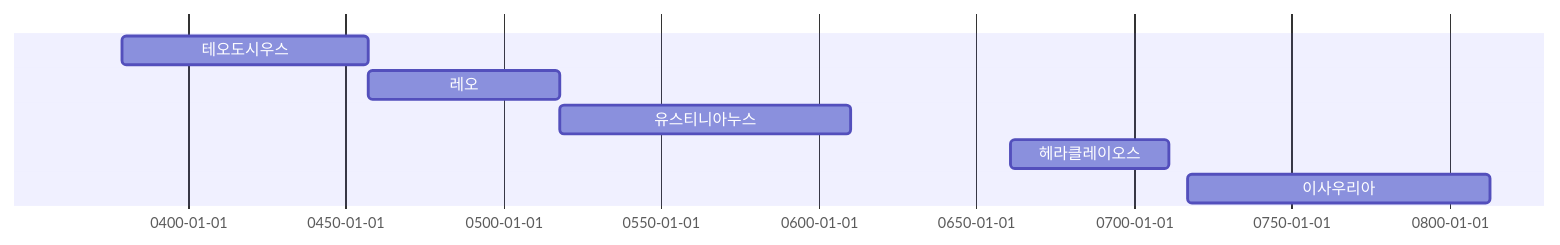
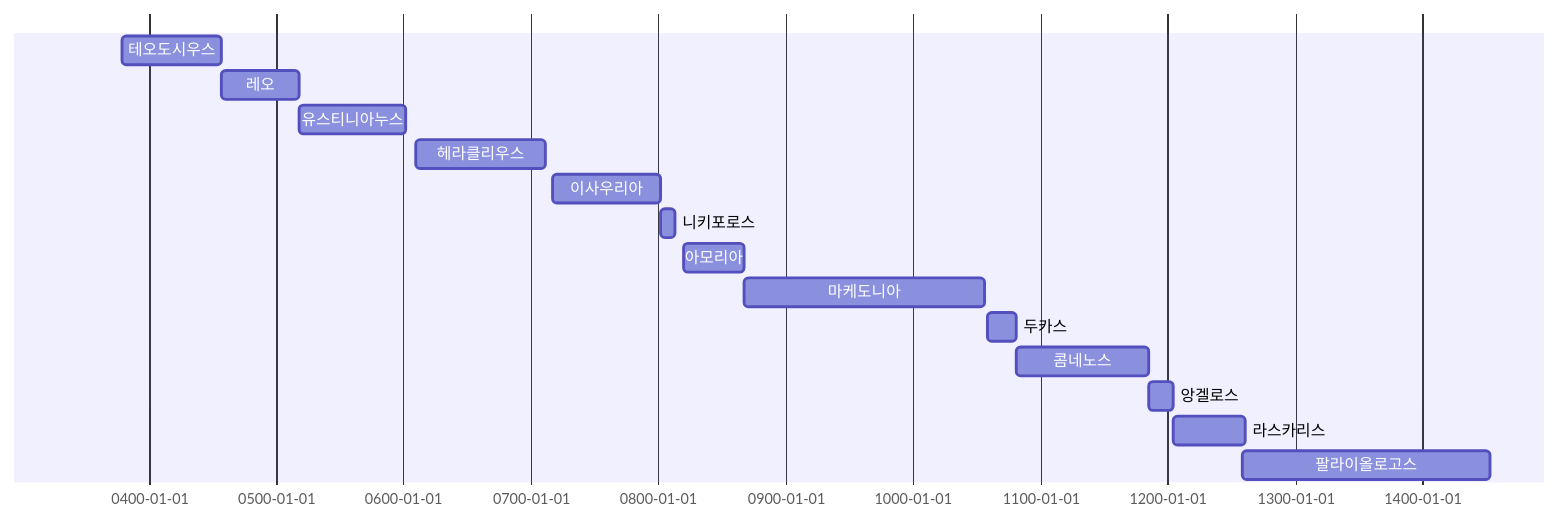
Before and after one commit to daewonyoon/historigram: the diagram in 세계사/비잔티움제국.md, drawn with Mermaid. The commit also changed other lines of this file and 1 other file, not shown here.

Commit message:
비잔티움 제국 왕조

````diff
--- a/세계사/비잔티움제국.md
+++ b/세계사/비잔티움제국.md
@@ -3,9 +6,18 @@
 ```mermaid
 gantt
     dateFormat YYYY
     테오도시우스 	 : 0379,0457
-    레오 : 0457, 0518
-    유스티니아누스 : 0518, 0610
-    헤라클레이오스 : 0661, 0711
-    이사우리아   : 0717, 0813
+    레오 		    : 0457, 0518
+    유스티니아누스   : 0518, 0602
+    헤라클리우스     : 0610, 0711
+    이사우리아       : 0717, 0802
+    니키포로스	     : 0802, 0813
+    아모리아	     : 0820, 0867
+    마케도니아	     : 0867,1056
+    두카스		     : 1059, 1081
+    콤네노스	     : 1081, 1185
+    앙겔로스	     : 1185, 1204
+    라스카리스	     : 1204, 1261
+    팔라이올로고스	 : 1259, 1453
+    
 ```
````
